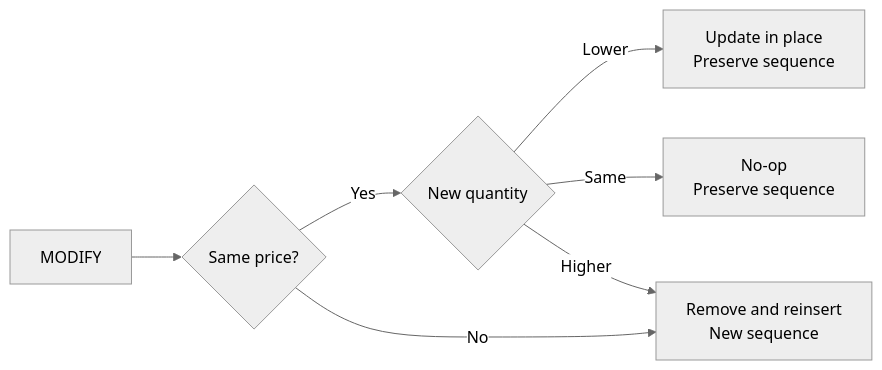
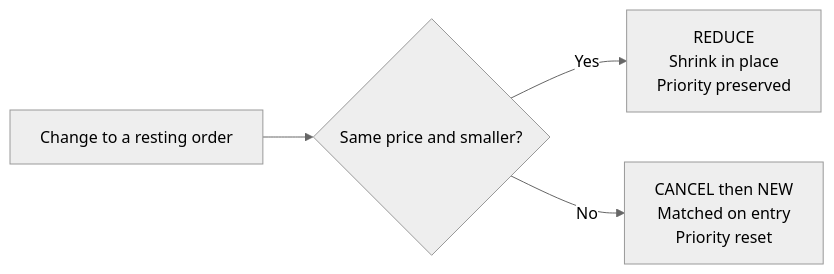
The third of 4 diagrams in README.md (EBOD13/leka), drawn with Mermaid (neutral theme) before and after one commit. The commit also changed other lines of this file and 545 other files, not shown here.

````diff
--- a/README.md
+++ b/README.md
@@ -138,9 +153,6 @@
 ```mermaid
 flowchart LR
-	Request[MODIFY] --> SamePrice{Same price?}
-	SamePrice -->|Yes| Quantity{New quantity}
-	Quantity -->|Lower| Preserve[Update in place<br/>Preserve sequence]
-	Quantity -->|Same| NoOp[No-op<br/>Preserve sequence]
-	Quantity -->|Higher| Reset[Remove and reinsert<br/>New sequence]
-	SamePrice -->|No| Reset
+	Request[Change to a resting order] --> Kind{Same price and smaller?}
+	Kind -->|Yes| Reduce[REDUCE<br/>Shrink in place<br/>Priority preserved]
+	Kind -->|No| Replace[CANCEL then NEW<br/>Matched on entry<br/>Priority reset]
 ```
````
